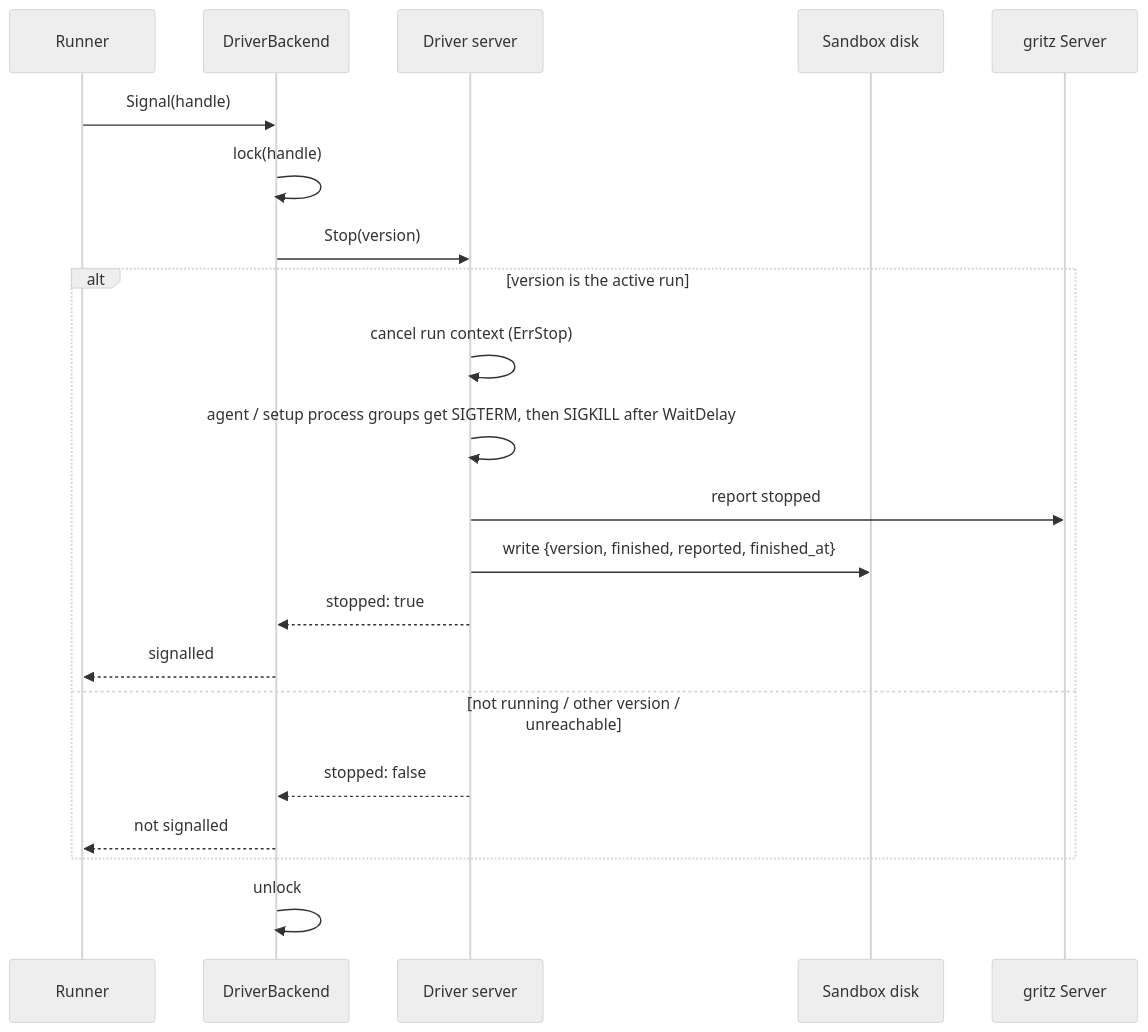
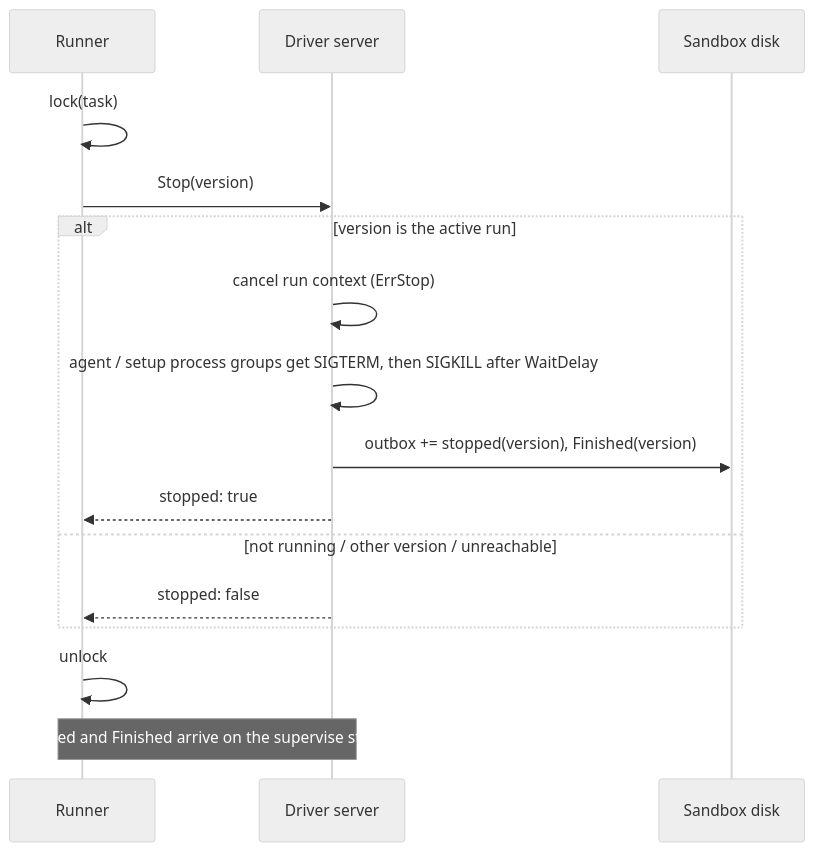
The fifth of 6 diagrams in proposals/draft/driver-server.md (gritzapp/gritz), drawn with Mermaid (neutral theme) before and after one commit. The commit also changed other lines of this file and 4 other files, not shown here.

First line of the commit message:
docs: route driver reports through the runner in the driver server proposal

````diff
--- a/proposals/draft/driver-server.md
+++ b/proposals/draft/driver-server.md
@@ -448,24 +581,19 @@
 ```mermaid
 sequenceDiagram
     participant R as Runner
-    participant B as DriverBackend
     participant D as Driver server
     participant F as Sandbox disk
-    participant S as gritz Server
 
-    R->>B: Signal(handle)
-    B->>B: lock(handle)
-    B->>D: Stop(version)
+    R->>R: lock(task)
+    R->>D: Stop(version)
     alt version is the active run
         D->>D: cancel run context (ErrStop)
         D->>D: agent / setup process groups get SIGTERM, then SIGKILL after WaitDelay
-        D->>S: report stopped
-        D->>F: write {version, finished, reported, finished_at}
-        D-->>B: stopped: true
-        B-->>R: signalled
+        D->>F: outbox += stopped(version), Finished(version)
+        D-->>R: stopped: true
     else not running / other version / unreachable
-        D-->>B: stopped: false
-        B-->>R: not signalled
+        D-->>R: stopped: false
     end
-    B->>B: unlock
+    R->>R: unlock
+    Note over R,D: stopped and Finished arrive on the supervise stream
 ```
````
